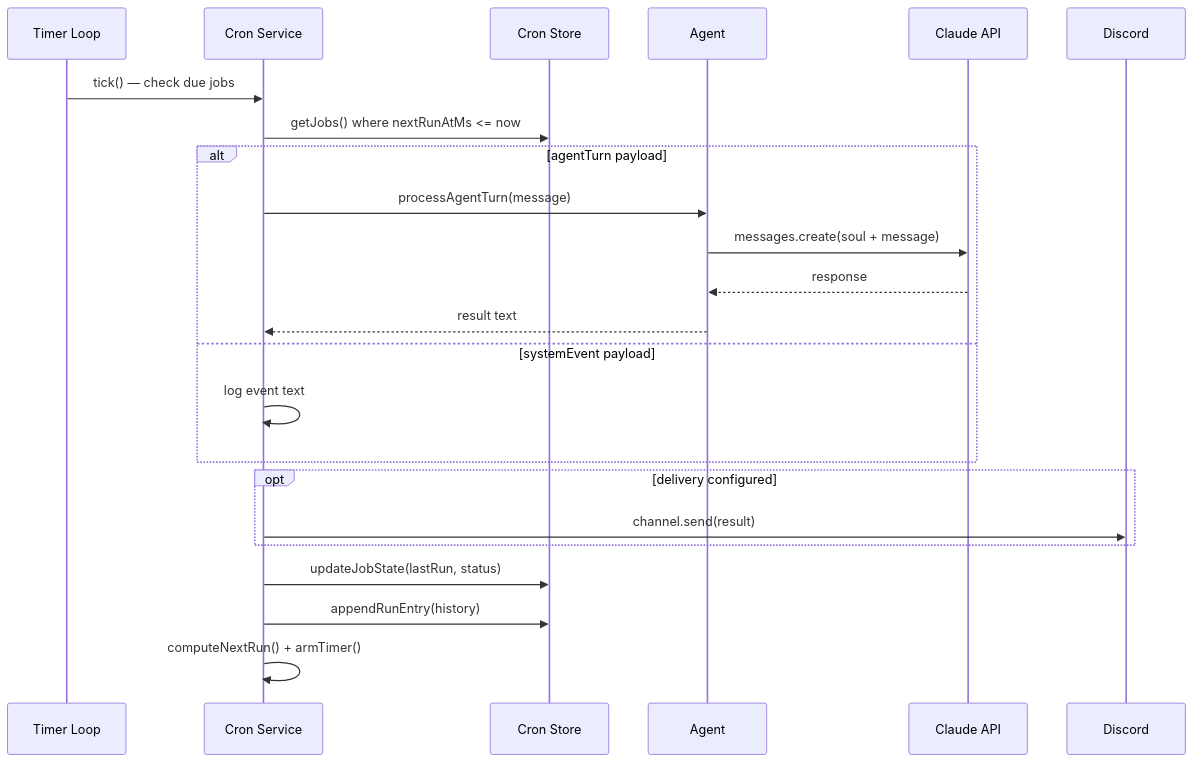
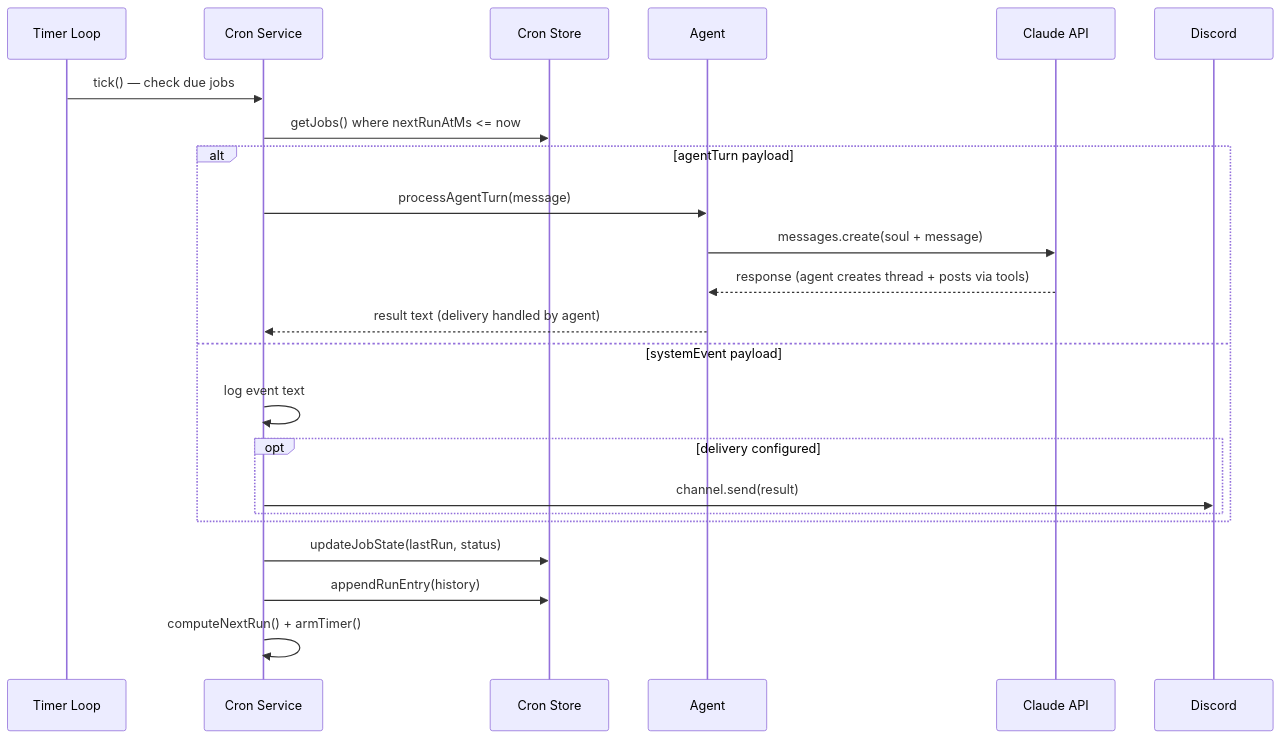
The third of 5 diagrams in README.md (NaichuanZhang/discord-claw), drawn with Mermaid before and after one commit. The commit also changed other lines of this file and 1 other file, not shown here.

````diff
--- a/README.md
+++ b/README.md
@@ -341,29 +363,28 @@
 ```mermaid
 sequenceDiagram
     participant T as Timer Loop
     participant CS as Cron Service
     participant ST as Cron Store
     participant A as Agent
     participant C as Claude API
     participant D as Discord
 
     T->>CS: tick() — check due jobs
     CS->>ST: getJobs() where nextRunAtMs <= now
 
     alt agentTurn payload
         CS->>A: processAgentTurn(message)
         A->>C: messages.create(soul + message)
-        C-->>A: response
-        A-->>CS: result text
+        C-->>A: response (agent creates thread + posts via tools)
+        A-->>CS: result text (delivery handled by agent)
     else systemEvent payload
         CS->>CS: log event text
-    end
-
-    opt delivery configured
-        CS->>D: channel.send(result)
+        opt delivery configured
+            CS->>D: channel.send(result)
+        end
     end
 
     CS->>ST: updateJobState(lastRun, status)
     CS->>ST: appendRunEntry(history)
     CS->>CS: computeNextRun() + armTimer()
 ```
````
